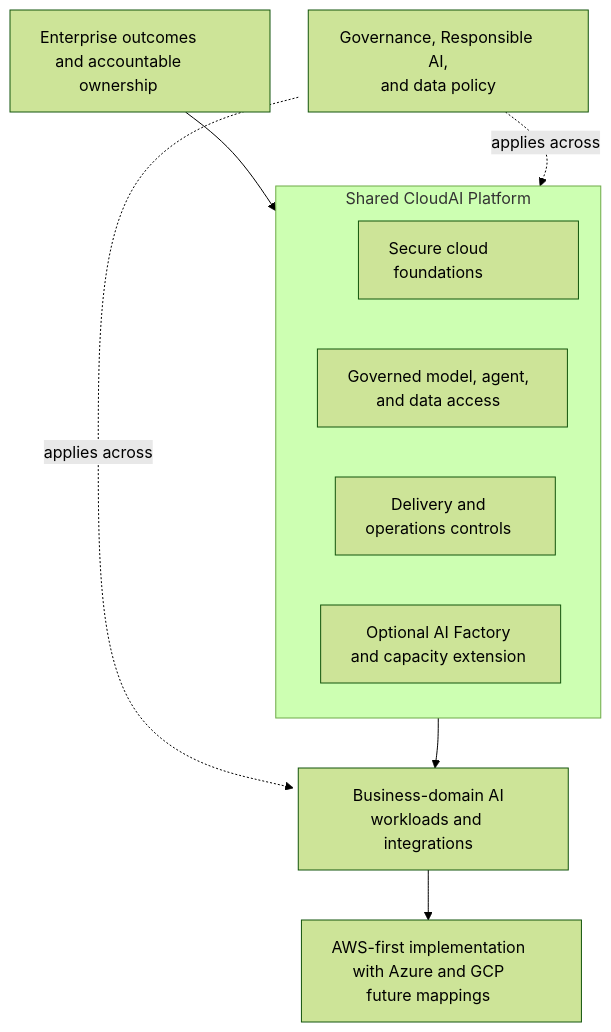
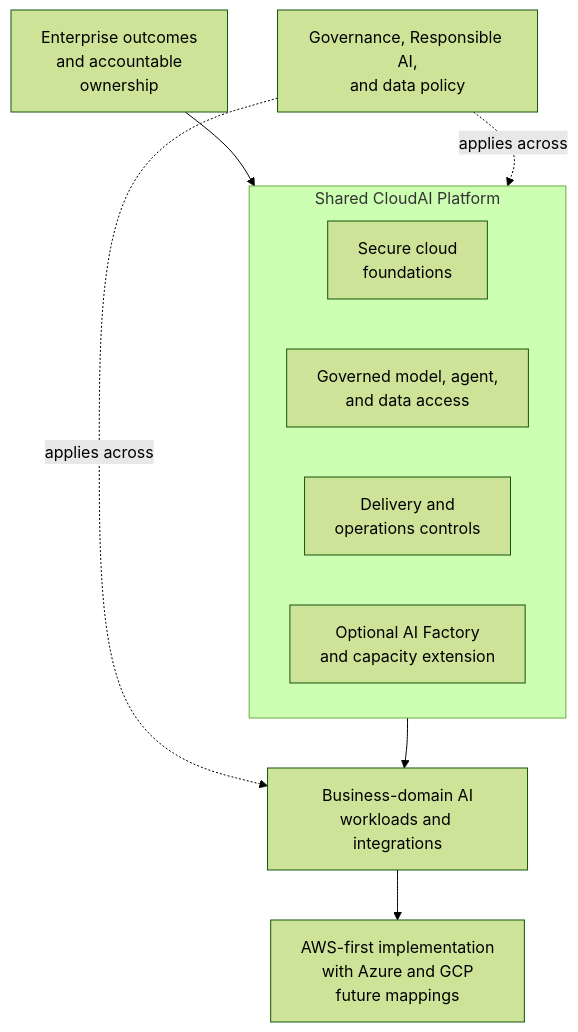
One commit to afaryy/cloudai-platform changed the first of 3 diagrams in docs/architecture.md. Above: the diagram before and after it, drawn with Mermaid (forest theme). The commit also changed other lines of this file and 1 other file, not shown here.

Commit message:
docs: rely on Mermaid label sizing

````diff
--- a/docs/architecture.md
+++ b/docs/architecture.md
@@ -19,30 +19,22 @@
 ```mermaid
 flowchart TB
   outcome["Enterprise outcomes<br/>and accountable<br/>ownership"]
   policy["Governance, Responsible AI,<br/>and data policy"]
 
   subgraph platform["Shared CloudAI Platform"]
     foundations["Secure cloud<br/>foundations"]
     access["Governed model, agent,<br/>and data access"]
     delivery["Delivery and<br/>operations controls"]
     capacity["Optional AI Factory<br/>and capacity extension"]
   end
 
   workloads["Business-domain AI<br/>workloads and integrations"]
   providers["AWS-first implementation<br/>with Azure and GCP<br/>future mappings"]
 
   outcome --> platform
   policy -. "applies across" .-> platform
   policy -. "applies across" .-> workloads
   platform --> workloads
   workloads --> providers
 
-  style outcome width:260px
-  style policy width:280px
-  style foundations width:220px
-  style access width:250px
-  style delivery width:220px
-  style capacity width:240px
-  style workloads width:270px
-  style providers width:280px
 ```
````
